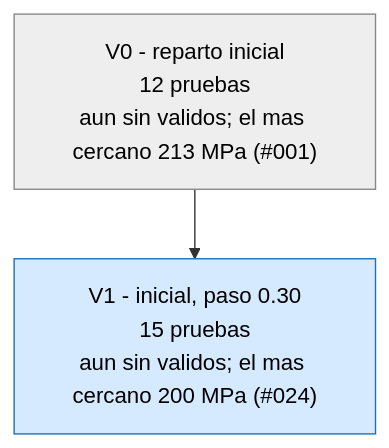
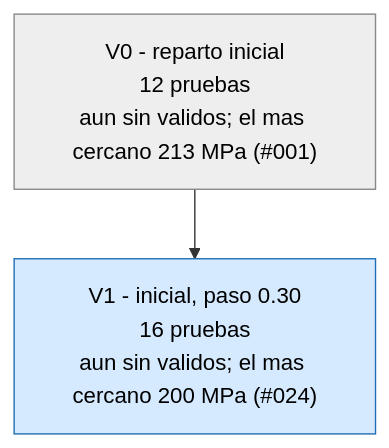
The first of 3 diagrams in runs/opt_37800N/ARBOL.md (Hugiko/msd-soporte-optimizacion), drawn with Mermaid before and after one commit. The commit also changed 19 other files, not shown here.

````diff
--- a/runs/opt_37800N/ARBOL.md
+++ b/runs/opt_37800N/ARBOL.md
@@ -9,9 +9,9 @@
 ```mermaid
 graph TD
 classDef activa fill:#d6eaff,stroke:#1f6fb5,color:#000
 classDef fin fill:#eeeeee,stroke:#888,color:#000
 classDef mejor fill:#c8f0c0,stroke:#1a9850,stroke-width:4px,color:#000
 V0["V0 - reparto inicial<br/>12 pruebas<br/>aun sin validos; el mas cercano 213 MPa (#001)"]:::fin
-V1["V1 - inicial, paso 0.30<br/>15 pruebas<br/>aun sin validos; el mas cercano 200 MPa (#024)"]:::activa
+V1["V1 - inicial, paso 0.30<br/>16 pruebas<br/>aun sin validos; el mas cercano 200 MPa (#024)"]:::activa
 V0 --> V1
 ```
````
